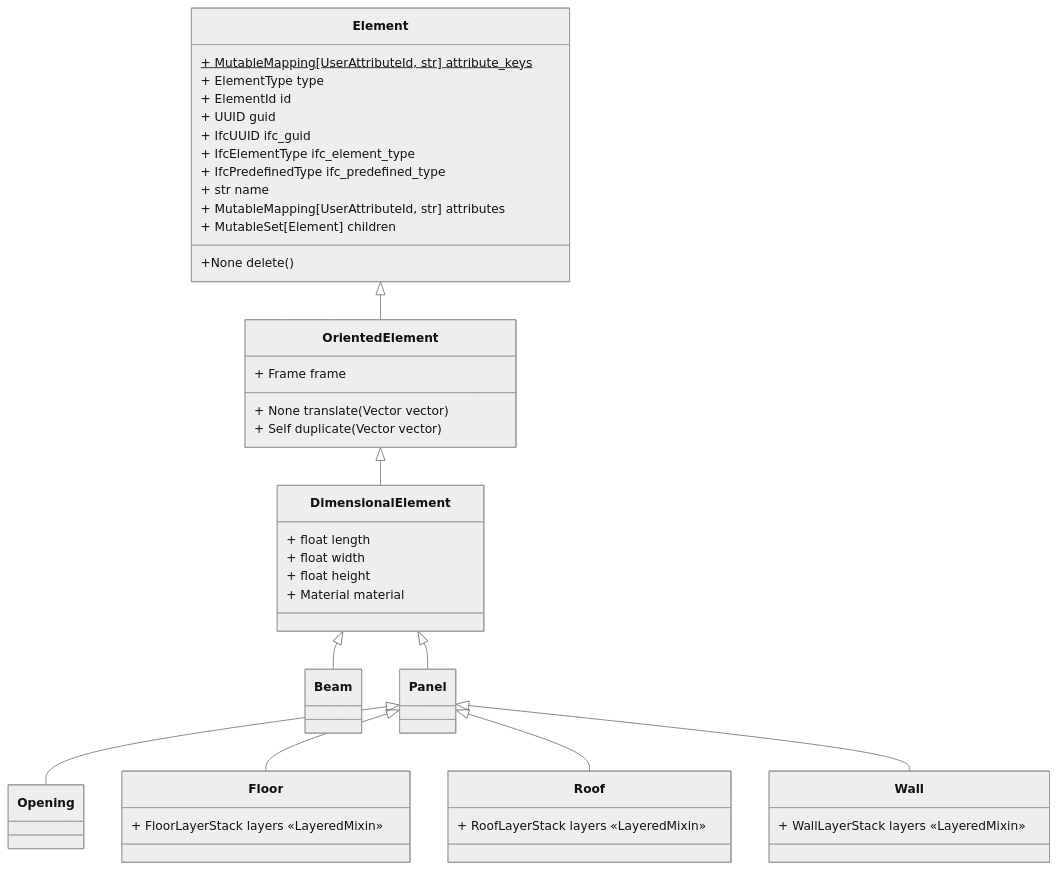
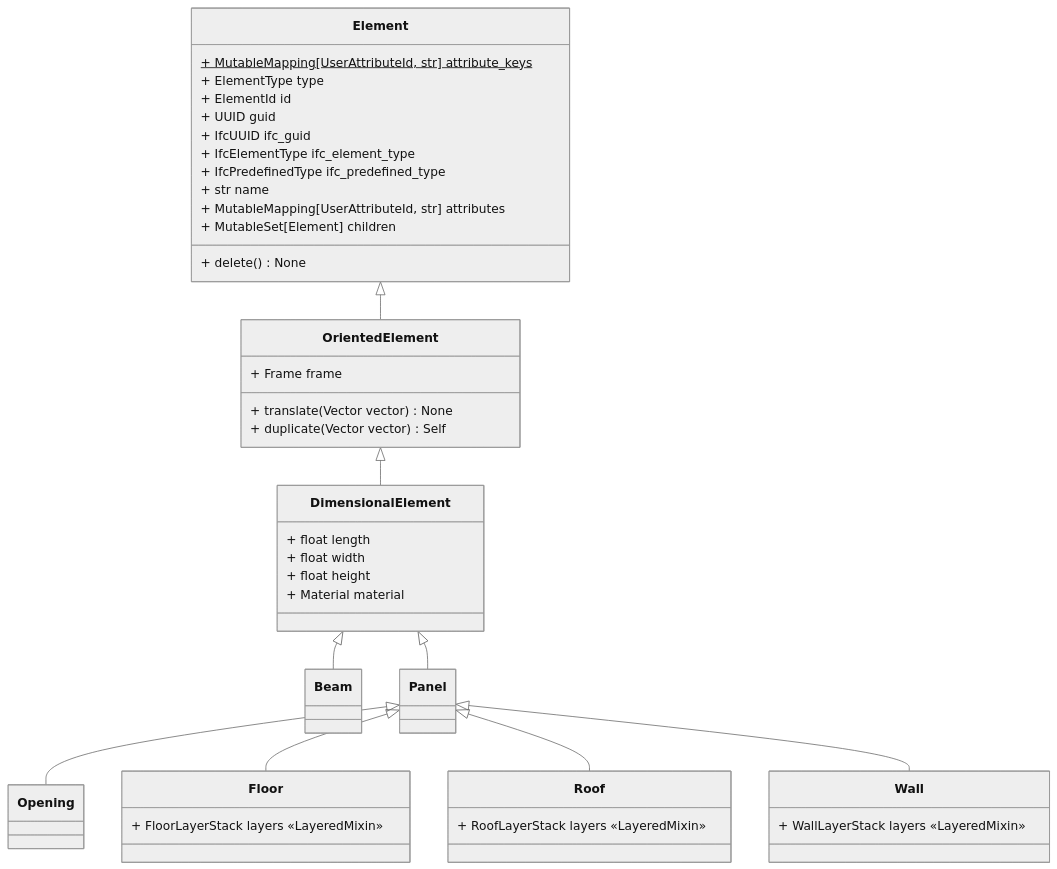
One commit to gramaziokohler/compas_cadwork changed the diagram in docs/user-guide/elements-hierarchy.md. Above: the diagram before and after it, drawn with Mermaid (neutral theme). The commit also changed 3 other files, not shown here.

````diff
--- a/docs/user-guide/elements-hierarchy.md
+++ b/docs/user-guide/elements-hierarchy.md
@@ -11,52 +11,52 @@
 ```mermaid
 classDiagram
     class Element {
         + MutableMapping[UserAttributeId, str] attribute_keys$
         + ElementType type
         + ElementId id
         + UUID guid
         + IfcUUID ifc_guid
         + IfcElementType ifc_element_type
         + IfcPredefinedType ifc_predefined_type
         + str name
         + MutableMapping[UserAttributeId, str] attributes
         + MutableSet[Element] children
-        +None delete()
+        + delete() None
     }
 
     Element <|-- OrientedElement
     class OrientedElement {
         + Frame frame
-        + None translate(Vector vector)
-        + Self duplicate(Vector vector)
+        + translate(Vector vector) None
+        + duplicate(Vector vector) Self
     }
 
     OrientedElement <|-- DimensionalElement
     class DimensionalElement {
         + float length
         + float width
         + float height
         + Material material
     }
 
     DimensionalElement <|-- Beam
 
     DimensionalElement <|-- Panel
 
     Panel <|-- Opening
 
     Panel <|-- Floor
     class Floor {
         + FloorLayerStack layers «LayeredMixin»
     }
 
     Panel <|-- Roof
     class Roof {
         + RoofLayerStack layers «LayeredMixin»
     }
 
     Panel <|-- Wall
     class Wall {
         + WallLayerStack layers «LayeredMixin»
     }
 ```
````
